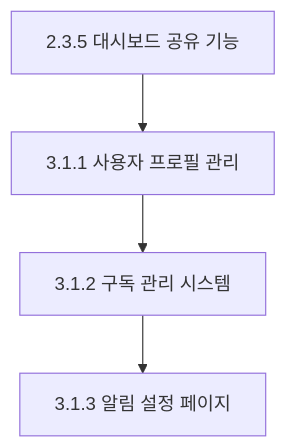
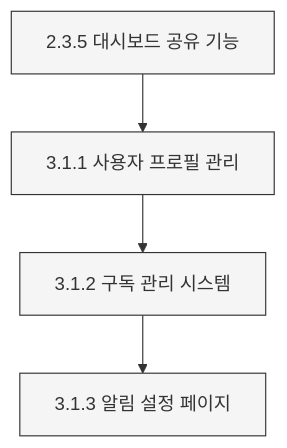
Before and after one commit to Seungwoo321/etorch-docs: the seventh of 10 diagrams in ROADMAP.md, drawn with Mermaid. The commit also changed other lines of this file, not shown here.

````diff
--- a/ROADMAP.md
+++ b/ROADMAP.md
@@ -413,6 +468,11 @@
 ```mermaid
 flowchart TD
     A[2.3.5 대시보드 공유 기능] --> B[3.1.1 사용자 프로필 관리]
     B --> C[3.1.2 구독 관리 시스템]
     C --> D[3.1.3 알림 설정 페이지]
+    
+    style A fill:#f5f5f5,stroke:#333,stroke-width:1px
+    style B fill:#f5f5f5,stroke:#333,stroke-width:1px
+    style C fill:#f5f5f5,stroke:#333,stroke-width:1px
+    style D fill:#f5f5f5,stroke:#333,stroke-width:1px
 ```
````
